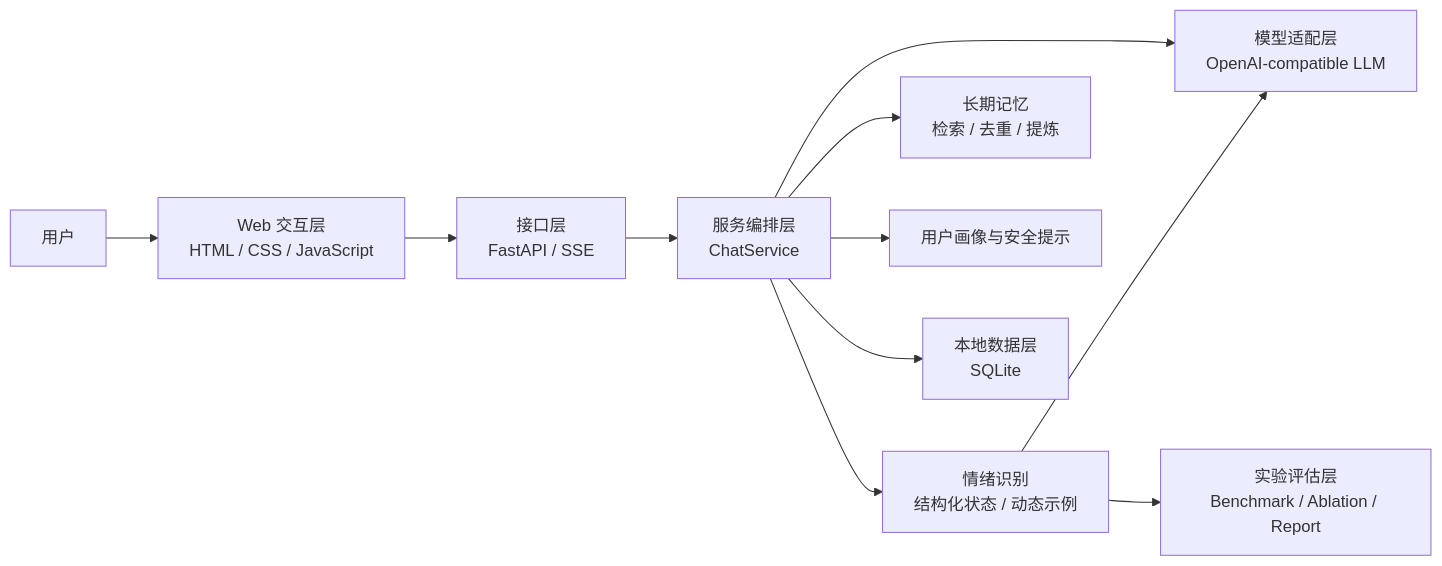
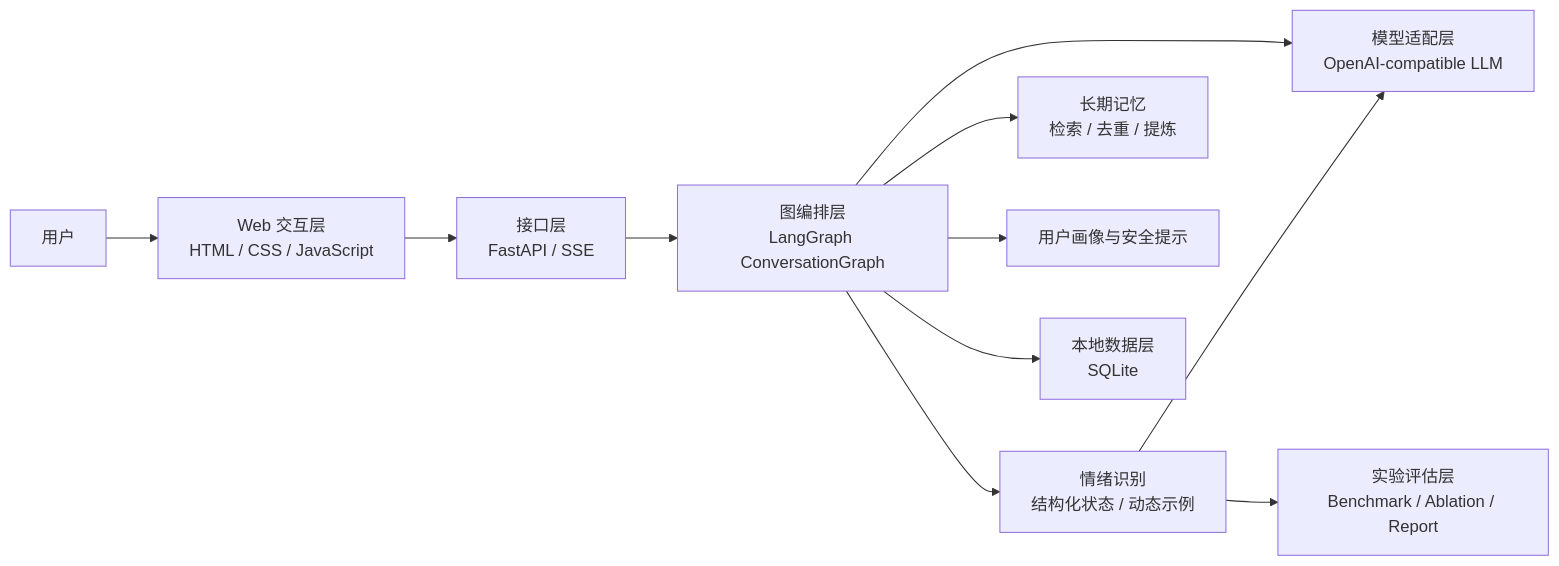
The diagram in README.md (n0rk1n/HDU-erc), drawn with Mermaid before and after one commit. The commit also changed other lines of this file and 32 other files, not shown here.

````diff
--- a/README.md
+++ b/README.md
@@ -32,13 +32,13 @@
 ```mermaid
 flowchart LR
     U["用户"] --> W["Web 交互层<br/>HTML / CSS / JavaScript"]
     W --> A["接口层<br/>FastAPI / SSE"]
-    A --> S["服务编排层<br/>ChatService"]
+    A --> S["图编排层<br/>LangGraph ConversationGraph"]
     S --> E["情绪识别<br/>结构化状态 / 动态示例"]
     S --> M["长期记忆<br/>检索 / 去重 / 提炼"]
     S --> P["用户画像与安全提示"]
     E --> L["模型适配层<br/>OpenAI-compatible LLM"]
     S --> L
     S --> D["本地数据层<br/>SQLite"]
     E --> X["实验评估层<br/>Benchmark / Ablation / Report"]
 ```
````
